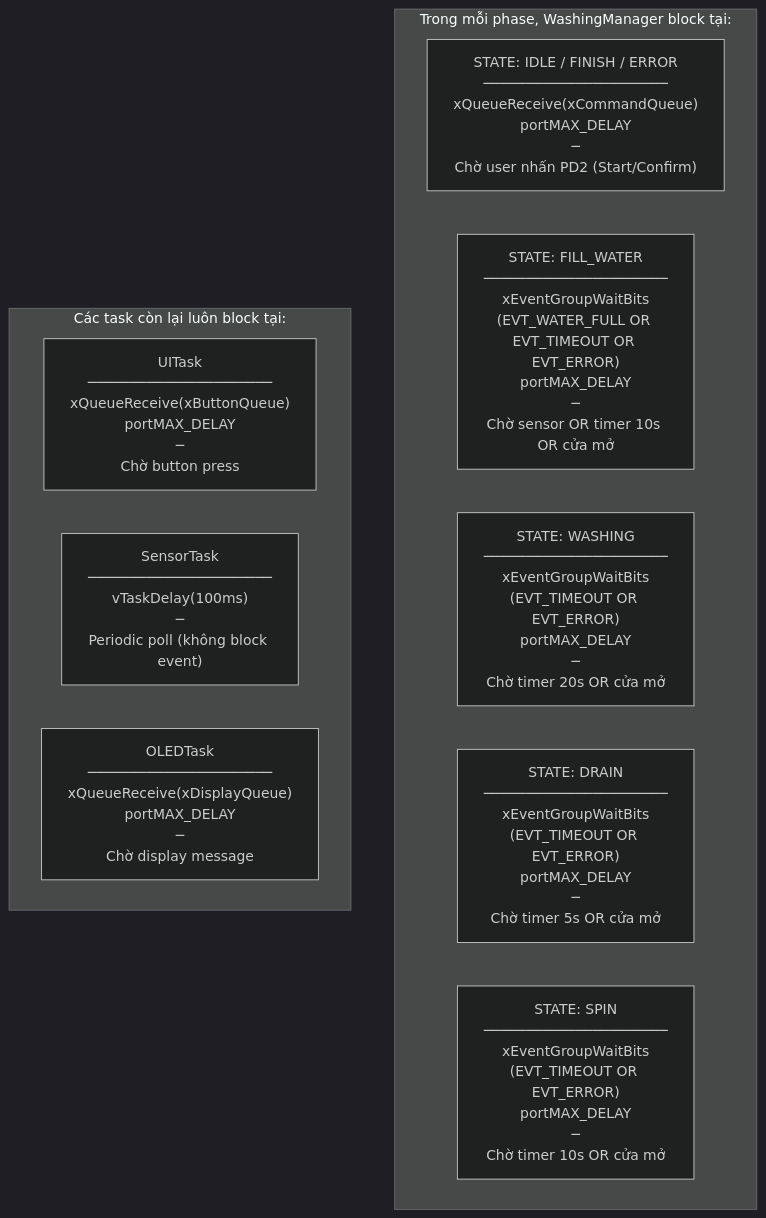
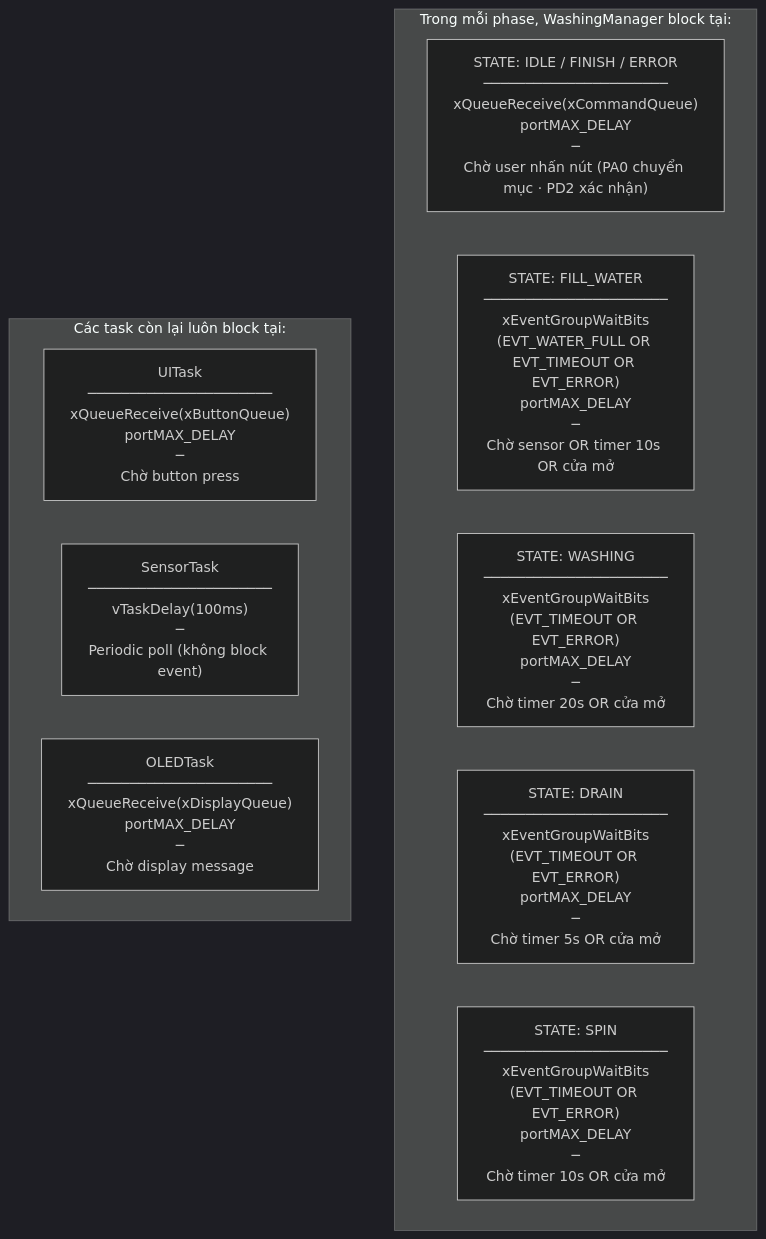
Before and after one commit to TTonyVi/Freertos_ST: diagram 11 of 11 in docs/SYSTEM_DIAGRAMS.md, drawn with Mermaid (dark theme). The commit also changed other lines of this file and 25 other files, not shown here.

````diff
--- a/docs/SYSTEM_DIAGRAMS.md
+++ b/docs/SYSTEM_DIAGRAMS.md
@@ -458,22 +547,22 @@
 ```mermaid
 flowchart TD
     subgraph "Trong mỗi phase, WashingManager block tại:"
-        IDLE_B["STATE: IDLE / FINISH / ERROR\n──────────────────────\nxQueueReceive(xCommandQueue)\nportMAX_DELAY\n─\nChờ user nhấn PD2 (Start/Confirm)"]
+        IDLE_B["STATE: IDLE / FINISH / ERROR\n──────────────────────\nxQueueReceive(xCommandQueue)\nportMAX_DELAY\n─\nChờ user nhấn nút (PA0 chuyển mục · PD2 xác nhận)"]
 
         FILL_B["STATE: FILL_WATER\n──────────────────────\nxEventGroupWaitBits\n(EVT_WATER_FULL OR EVT_TIMEOUT OR EVT_ERROR)\nportMAX_DELAY\n─\nChờ sensor OR timer 10s OR cửa mở"]
 
         WASH_B["STATE: WASHING\n──────────────────────\nxEventGroupWaitBits\n(EVT_TIMEOUT OR EVT_ERROR)\nportMAX_DELAY\n─\nChờ timer 20s OR cửa mở"]
 
         DRAIN_B["STATE: DRAIN\n──────────────────────\nxEventGroupWaitBits\n(EVT_TIMEOUT OR EVT_ERROR)\nportMAX_DELAY\n─\nChờ timer 5s OR cửa mở"]
 
         SPIN_B["STATE: SPIN\n──────────────────────\nxEventGroupWaitBits\n(EVT_TIMEOUT OR EVT_ERROR)\nportMAX_DELAY\n─\nChờ timer 10s OR cửa mở"]
     end
 
     subgraph "Các task còn lại luôn block tại:"
         UI_B["UITask\n──────────────────────\nxQueueReceive(xButtonQueue)\nportMAX_DELAY\n─\nChờ button press"]
 
         SENS_B["SensorTask\n──────────────────────\nvTaskDelay(100ms)\n─\nPeriodic poll (không block event)"]
 
         OLED_B["OLEDTask\n──────────────────────\nxQueueReceive(xDisplayQueue)\nportMAX_DELAY\n─\nChờ display message"]
     end
 ```
````
